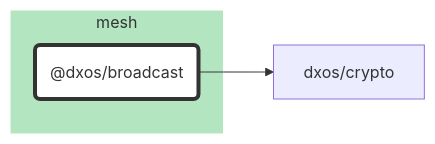
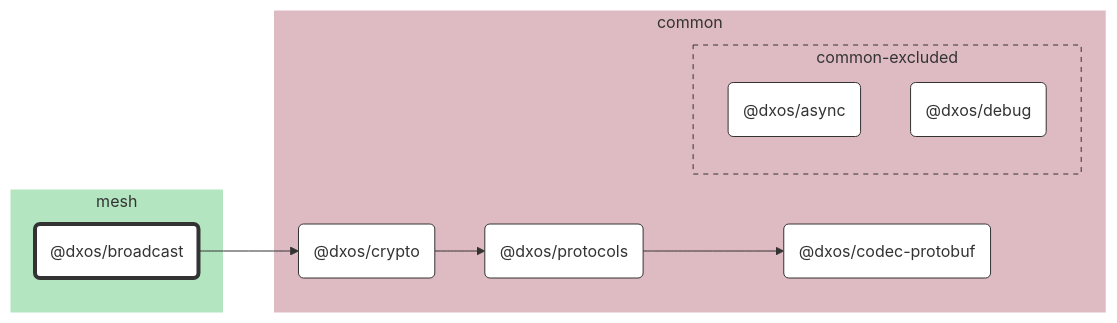
One commit to dxos/dxos changed the diagram in packages/mesh/broadcast/docs/README.md. Above: the diagram before and after it, drawn with Mermaid. The commit also changed 65 other files, not shown here.

````diff
--- a/packages/mesh/broadcast/docs/README.md
+++ b/packages/mesh/broadcast/docs/README.md
@@ -7,21 +7,41 @@
 ```mermaid
 %%{ init: {'flowchart':{'curve':'basis'}} }%%
 
 flowchart LR
 
 %% Classes
 classDef def fill:#fff,stroke:#333,stroke-width:1px
 classDef root fill:#fff,stroke:#333,stroke-width:4px
 
 %% Nodes
 
 subgraph mesh [mesh]
   style mesh fill:#b3e6c0,stroke:#fff
   dxos/broadcast("@dxos/broadcast"):::root
   click dxos/broadcast "dxos/dxos/tree/main/packages/mesh/broadcast/docs"
 end
 
+subgraph common [common]
+  style common fill:#debac2,stroke:#fff
+  dxos/codec-protobuf("@dxos/codec-protobuf"):::def
+  click dxos/codec-protobuf "dxos/dxos/tree/main/packages/common/codec-protobuf/docs"
+  dxos/crypto("@dxos/crypto"):::def
+  click dxos/crypto "dxos/dxos/tree/main/packages/common/crypto/docs"
+  dxos/protocols("@dxos/protocols"):::def
+  click dxos/protocols "dxos/dxos/tree/main/packages/common/protocols/docs"
+
+  subgraph common-excluded [common-excluded]
+    style common-excluded fill:#debac2,stroke:#333,stroke-dasharray:5 5
+    dxos/async("@dxos/async"):::def
+    click dxos/async "dxos/dxos/tree/main/packages/common/async/docs"
+    dxos/debug("@dxos/debug"):::def
+    click dxos/debug "dxos/dxos/tree/main/packages/common/debug/docs"
+  end
+end
+
 %% Links
 linkStyle default stroke:#333,stroke-width:1px
 dxos/broadcast --> dxos/crypto
+dxos/crypto --> dxos/protocols
+dxos/protocols --> dxos/codec-protobuf
 ```
````
